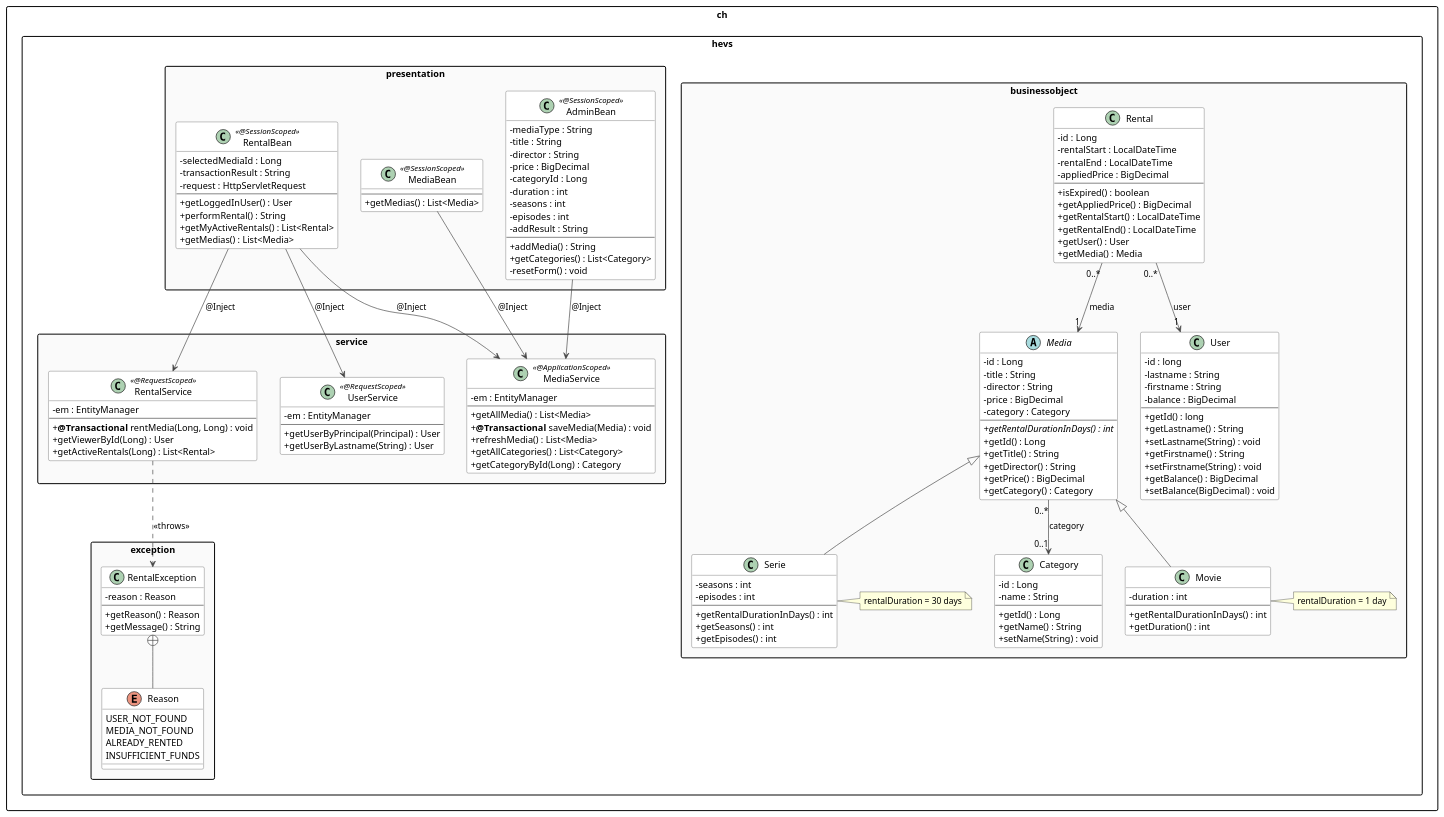
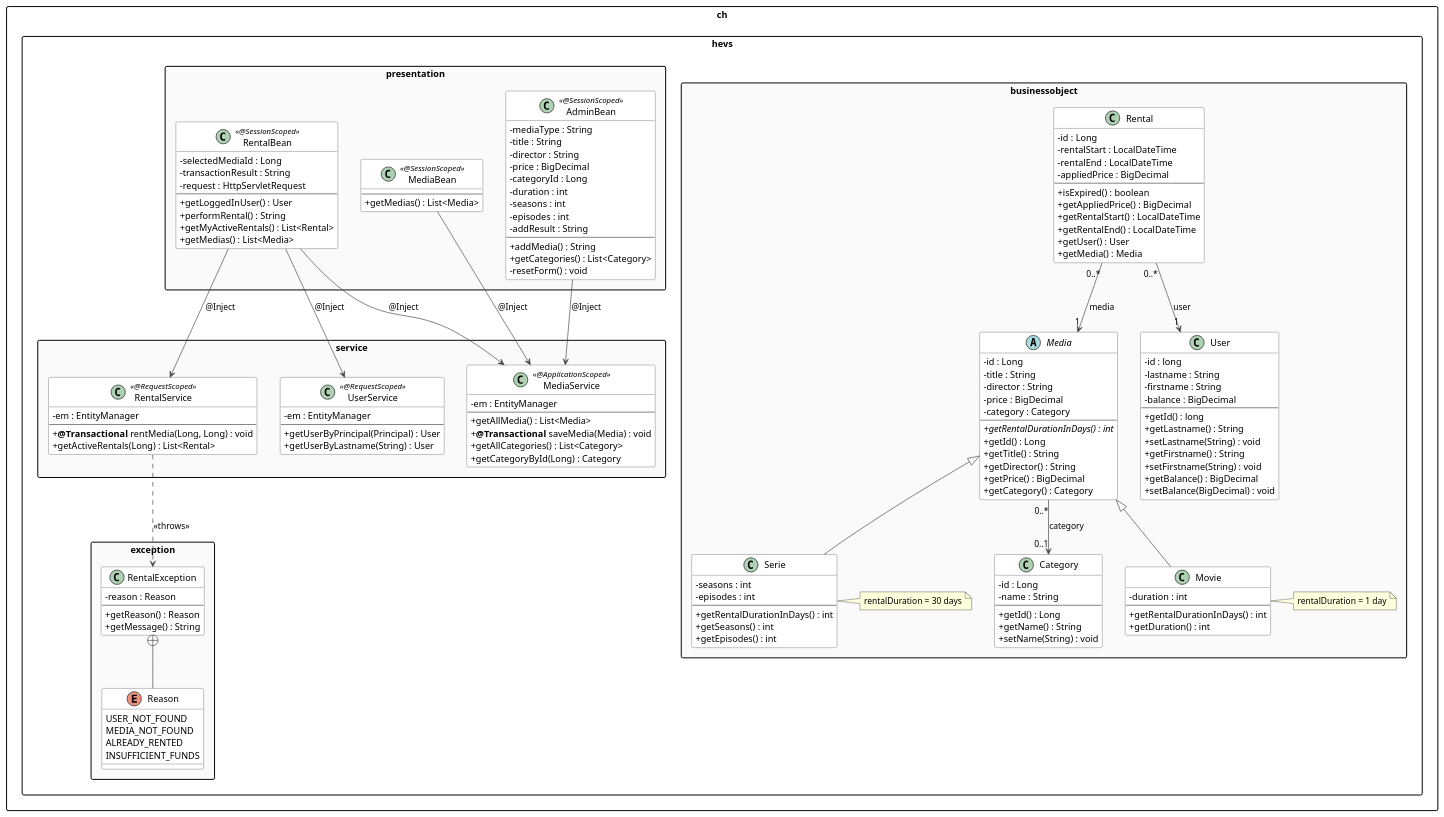
Before and after one commit to bearinthemountain/ImplementingServices: the diagram in UML/class-diagram.puml, drawn with PlantUML. The commit also changed 5 other files, not shown here.

```diff
--- a/UML/class-diagram.puml
+++ b/UML/class-diagram.puml
@@ -1,196 +1,194 @@
 @startuml class-diagram
 skinparam classAttributeIconSize 0
 skinparam packageStyle rectangle
 skinparam class {
   BackgroundColor White
   BorderColor #444
   ArrowColor #444
 }
 skinparam stereotype {
   CBackgroundColor #E8F4FD
   CBorderColor #2980B9
 }
 
 ' ══════════════════════════════════════════
 '  BUSINESS OBJECTS
 ' ══════════════════════════════════════════
 package "ch.hevs.businessobject" #FAFAFA {
 
   class User {
     - id : long
     - lastname : String
     - firstname : String
     - balance : BigDecimal
     --
     + getId() : long
     + getLastname() : String
     + setLastname(String) : void
     + getFirstname() : String
     + setFirstname(String) : void
     + getBalance() : BigDecimal
     + setBalance(BigDecimal) : void
   }
 
   abstract class Media {
     - id : Long
     - title : String
     - director : String
     - price : BigDecimal
     - category : Category
     --
     + {abstract} getRentalDurationInDays() : int
     + getId() : Long
     + getTitle() : String
     + getDirector() : String
     + getPrice() : BigDecimal
     + getCategory() : Category
   }
 
   class Movie {
     - duration : int
     --
     + getRentalDurationInDays() : int
     + getDuration() : int
   }
   note right of Movie : rentalDuration = 1 day
 
   class Serie {
     - seasons : int
     - episodes : int
     --
     + getRentalDurationInDays() : int
     + getSeasons() : int
     + getEpisodes() : int
   }
   note right of Serie : rentalDuration = 30 days
 
   class Category {
     - id : Long
     - name : String
     --
     + getId() : Long
     + getName() : String
     + setName(String) : void
   }
 
   class Rental {
     - id : Long
     - rentalStart : LocalDateTime
     - rentalEnd : LocalDateTime
     - appliedPrice : BigDecimal
     --
     + isExpired() : boolean
     + getAppliedPrice() : BigDecimal
     + getRentalStart() : LocalDateTime
     + getRentalEnd() : LocalDateTime
     + getUser() : User
     + getMedia() : Media
   }
 
   Media <|-- Movie
   Media <|-- Serie
   Media "0..*" --> "0..1" Category : category
   Rental "0..*" --> "1" User    : user
   Rental "0..*" --> "1" Media   : media
 }
 
 ' ══════════════════════════════════════════
 '  EXCEPTION
 ' ══════════════════════════════════════════
 package "ch.hevs.exception" #FAFAFA {
 
   class RentalException {
     - reason : Reason
     --
     + getReason() : Reason
     + getMessage() : String
   }
 
   enum Reason {
     USER_NOT_FOUND
     MEDIA_NOT_FOUND
     ALREADY_RENTED
     INSUFFICIENT_FUNDS
   }
 
   RentalException +-- Reason
 }
 
 ' ══════════════════════════════════════════
 '  SERVICE LAYER
 ' ══════════════════════════════════════════
 package "ch.hevs.service" #FAFAFA {
 
   class MediaService <<@ApplicationScoped>> {
     - em : EntityManager
     --
     + getAllMedia() : List<Media>
     + {method} <b>@Transactional</b> saveMedia(Media) : void
-    + refreshMedia() : List<Media>
     + getAllCategories() : List<Category>
     + getCategoryById(Long) : Category
   }
 
   class RentalService <<@RequestScoped>> {
     - em : EntityManager
     --
     + {method} <b>@Transactional</b> rentMedia(Long, Long) : void
-    + getViewerById(Long) : User
     + getActiveRentals(Long) : List<Rental>
   }
 
   class UserService <<@RequestScoped>> {
     - em : EntityManager
     --
     + getUserByPrincipal(Principal) : User
     + getUserByLastname(String) : User
   }
 
   RentalService ..> RentalException : <<throws>>
 }
 
 ' ══════════════════════════════════════════
 '  PRESENTATION LAYER
 ' ══════════════════════════════════════════
 package "ch.hevs.presentation" #FAFAFA {
 
   class AdminBean <<@SessionScoped>> {
     - mediaType : String
     - title : String
     - director : String
     - price : BigDecimal
     - categoryId : Long
     - duration : int
     - seasons : int
     - episodes : int
     - addResult : String
     --
     + addMedia() : String
     + getCategories() : List<Category>
     - resetForm() : void
   }
 
   class RentalBean <<@SessionScoped>> {
     - selectedMediaId : Long
     - transactionResult : String
     - request : HttpServletRequest
     --
     + getLoggedInUser() : User
     + performRental() : String
     + getMyActiveRentals() : List<Rental>
     + getMedias() : List<Media>
   }
 
   class MediaBean <<@SessionScoped>> {
     --
     + getMedias() : List<Media>
   }
 
   AdminBean  --> MediaService  : @Inject
   RentalBean --> RentalService : @Inject
   RentalBean --> MediaService  : @Inject
   RentalBean --> UserService   : @Inject
   MediaBean  --> MediaService  : @Inject
 }
 
 @enduml
```
